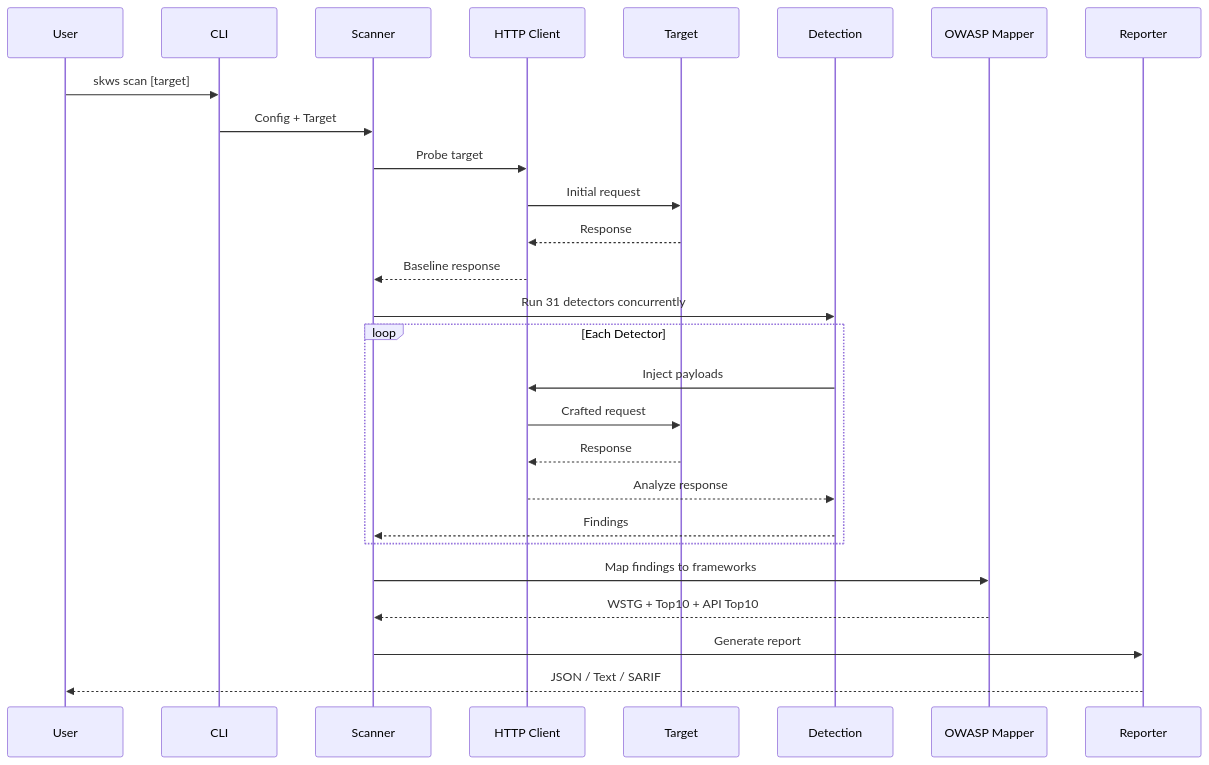
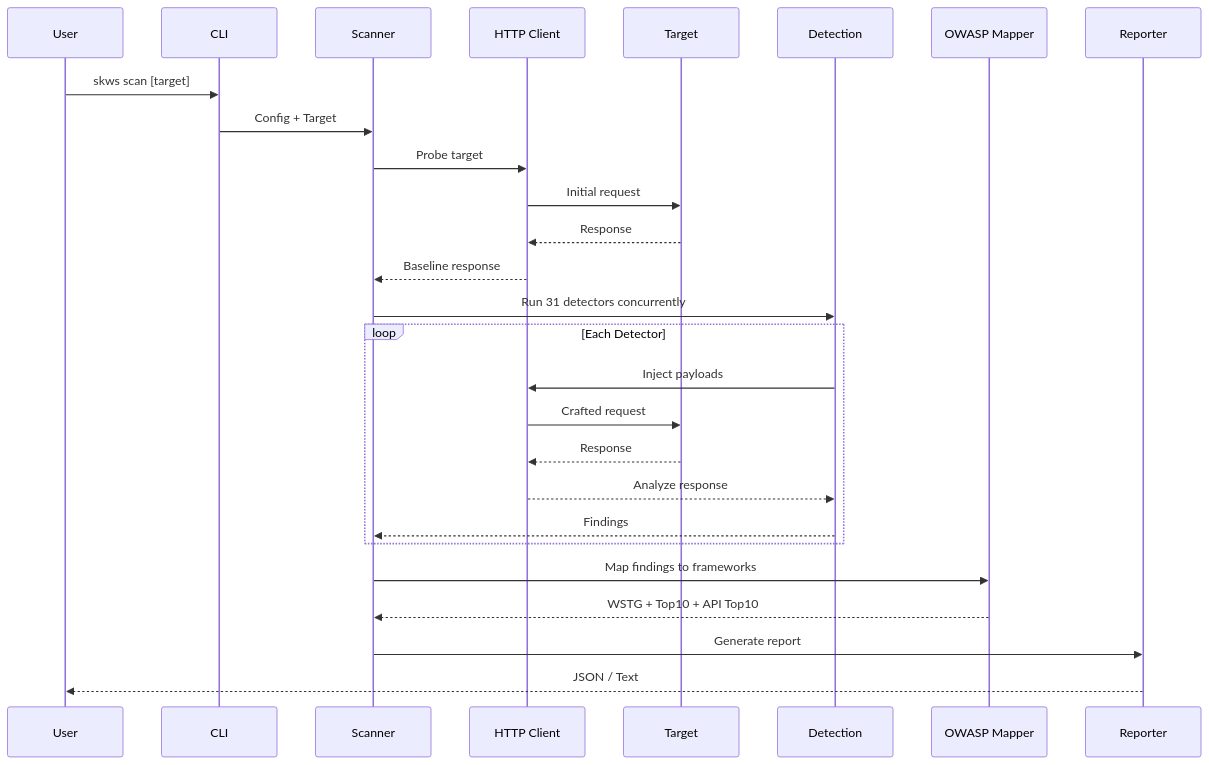
One commit to TyrusRC/assay changed the second of 4 diagrams in README.md. Above: the diagram before and after it, drawn with Mermaid. The commit also changed other lines of this file and 212 other files, not shown here.

````diff
--- a/README.md
+++ b/README.md
@@ -60,33 +58,33 @@
 ```mermaid
 sequenceDiagram
     participant User
     participant CLI
     participant Scanner
     participant HTTP as HTTP Client
     participant Target
     participant Detection
     participant OWASP as OWASP Mapper
     participant Reporter
 
     User->>CLI: skws scan [target]
     CLI->>Scanner: Config + Target
     Scanner->>HTTP: Probe target
     HTTP->>Target: Initial request
     Target-->>HTTP: Response
     HTTP-->>Scanner: Baseline response
 
     Scanner->>Detection: Run 31 detectors concurrently
 
     loop Each Detector
         Detection->>HTTP: Inject payloads
         HTTP->>Target: Crafted request
         Target-->>HTTP: Response
         HTTP-->>Detection: Analyze response
         Detection-->>Scanner: Findings
     end
 
     Scanner->>OWASP: Map findings to frameworks
     OWASP-->>Scanner: WSTG + Top10 + API Top10
     Scanner->>Reporter: Generate report
-    Reporter-->>User: JSON / Text / SARIF
+    Reporter-->>User: JSON / Text
 ```
````
